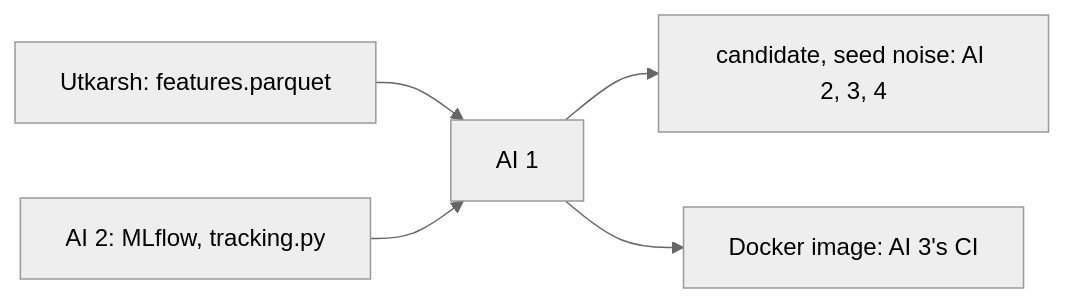
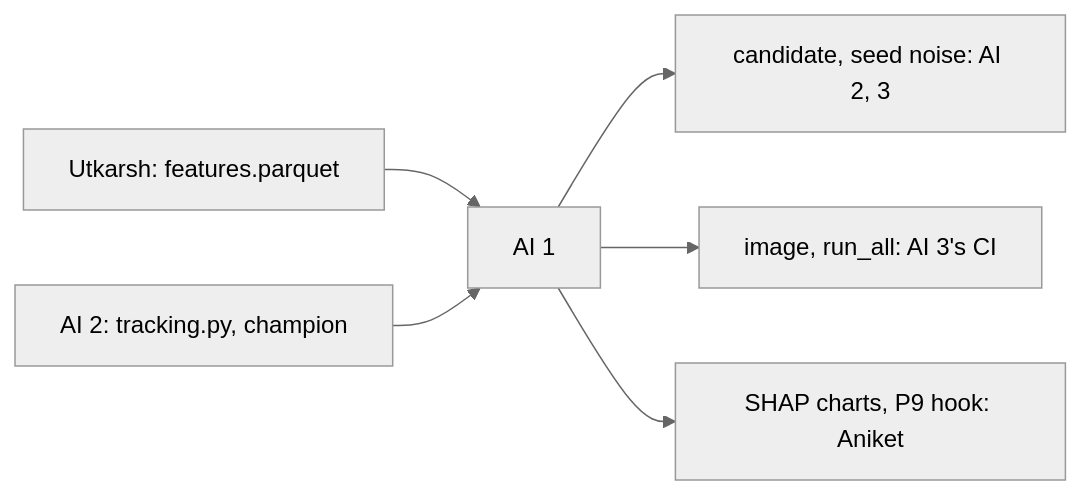
Before and after one commit to Itsme-aniketghosh/Meridian: the diagram in Model-Pipeline/packets/ai1-models/README.md, drawn with Mermaid (neutral theme). The commit also changed other lines of this file and 8 other files, not shown here.

````diff
--- a/Model-Pipeline/packets/ai1-models/README.md
+++ b/Model-Pipeline/packets/ai1-models/README.md
@@ -13,7 +12,8 @@
 ```mermaid
 flowchart LR
   ut["Utkarsh: features.parquet"] --> me["AI 1"]
-  ai2["AI 2: MLflow, tracking.py"] --> me
-  me --> cand["candidate, seed noise: AI 2, 3, 4"]
-  me --> img["Docker image: AI 3's CI"]
+  ai2["AI 2: tracking.py, champion"] --> me
+  me --> cand["candidate, seed noise: AI 2, 3"]
+  me --> img["image, run_all: AI 3's CI"]
+  me --> p9["SHAP charts, P9 hook: Aniket"]
 ```
````
